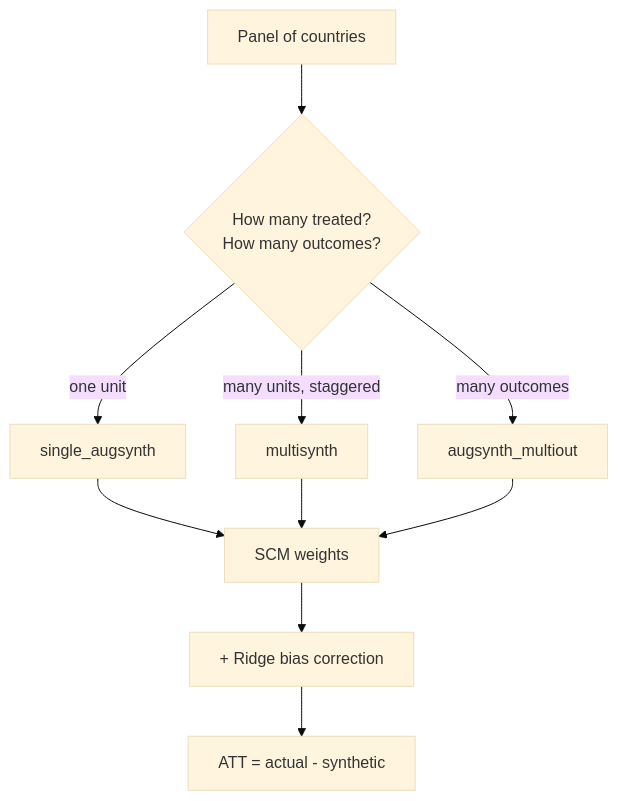
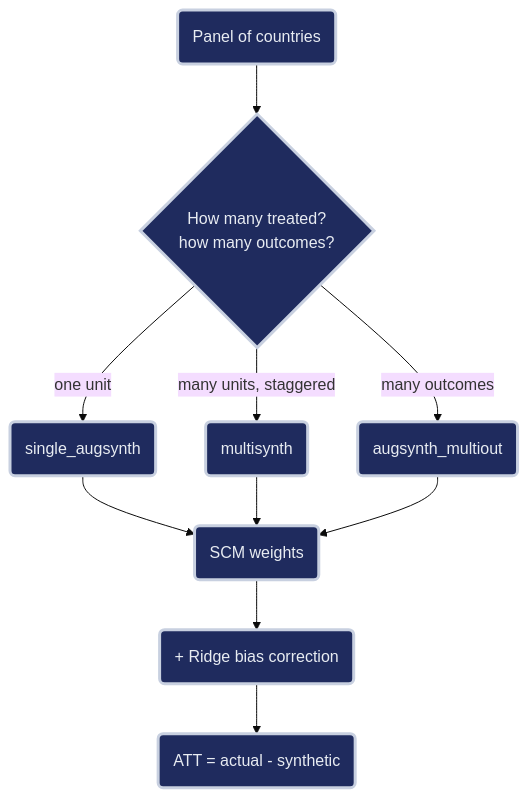
The diagram in content/post/r_sc_multi_country/tutorial.qmd (cmg777/starter-academic-v501), drawn with Mermaid (base theme) before and after one commit. The commit also changed other lines of this file and 42 other files, not shown here.

First line of the commit message:
content(mermaid): restyle Mermaid copies in tutorial sources and the LaLonde slide deck

````diff
--- a/content/post/r_sc_multi_country/tutorial.qmd
+++ b/content/post/r_sc_multi_country/tutorial.qmd
@@ -33,12 +33,14 @@
 ```{mermaid}
 flowchart TD
-    P["Panel of countries"] --> D{"How many treated?<br/>How many outcomes?"}
-    D -->|one unit| S["single_augsynth"]
-    D -->|many units, staggered| M["multisynth"]
-    D -->|many outcomes| O["augsynth_multiout"]
-    S --> W["SCM weights"]
+    P("Panel of countries") --> D{"How many treated?<br/>how many outcomes?"}
+    D -->|one unit| S("single_augsynth")
+    D -->|many units, staggered| M("multisynth")
+    D -->|many outcomes| O("augsynth_multiout")
+    S --> W("SCM weights")
     M --> W
     O --> W
-    W --> R["+ Ridge bias correction"]
-    R --> A["ATT = actual - synthetic"]
+    W --> R("+ Ridge bias correction")
+    R --> A("ATT = actual - synthetic")
+    classDef gray fill:#1f2b5e,stroke:#c8d0e0,stroke-width:3px,color:#e8ecf2
+    class P,D,S,M,O,W,R,A gray
 ```
````
